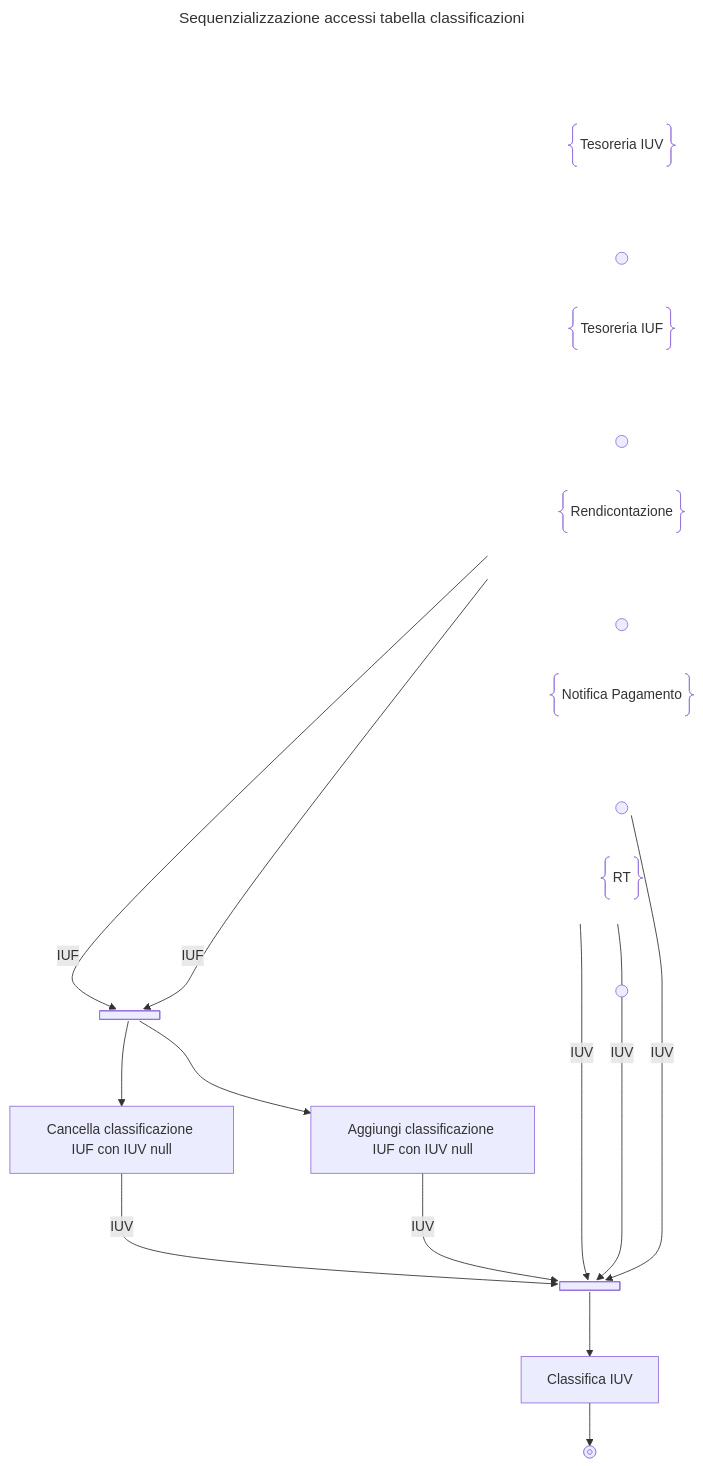
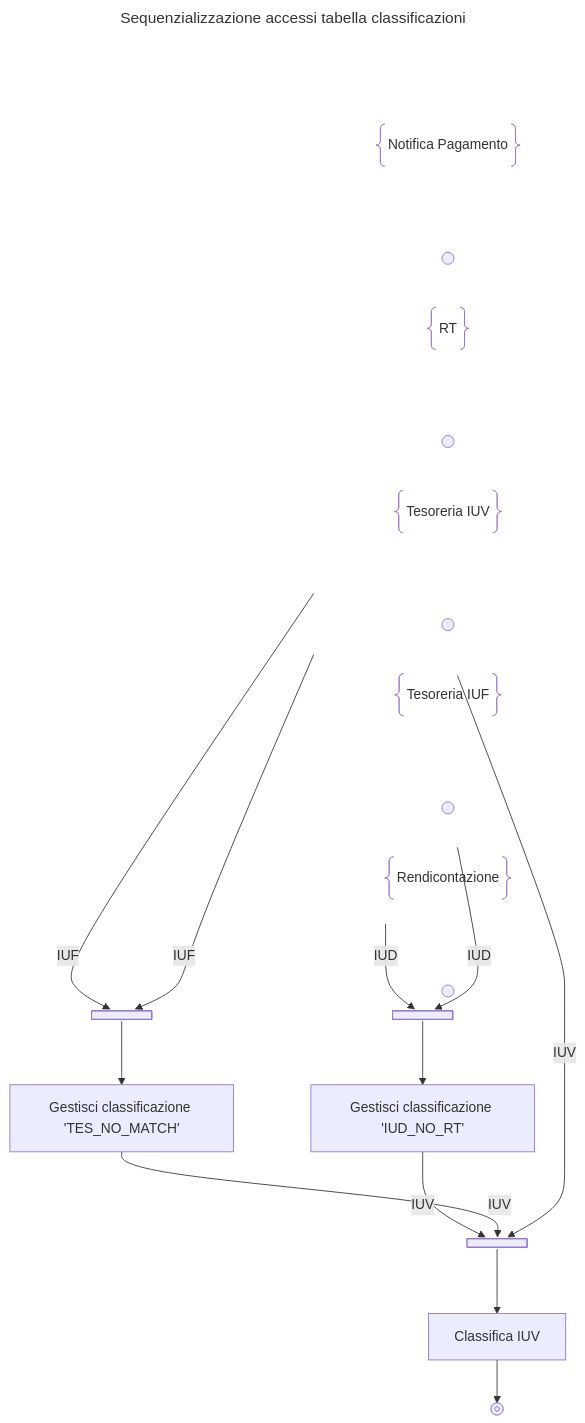
One commit to pagopa/p4pa-doc changed the diagram in design/workflow/classificazioneIncassi/05.graphSequencingOps.mmd. Above: the diagram before and after it, drawn with Mermaid. The commit also changed 14 other files, not shown here.

```diff
--- a/design/workflow/classificazioneIncassi/05.graphSequencingOps.mmd
+++ b/design/workflow/classificazioneIncassi/05.graphSequencingOps.mmd
@@ -1,79 +1,80 @@
 ---
 title: Sequenzializzazione accessi tabella classificazioni
 ---
 flowchart TD
     subgraph START
     direction LR
+
+        subgraph NOTE_REND_BLOCK
+        direction TB
+            NOTE_REND@{shape: braces, label: "Rendicontazione"} -->
+            START_REND
+            linkStyle 0 display:none;
+        end
+
+        subgraph NOTE_TES_IUF_BLOCK
+        direction TB
+            NOTE_TES_IUF@{shape: braces, label: "Tesoreria IUF"} -->
+            START_TES_IUF
+            linkStyle 1 display:none;
+        end
+
+        subgraph NOTE_TES_IUV_BLOCK
+        direction TB
+            NOTE_TES_IUV@{shape: braces, label: "Tesoreria IUV"} -->
+            START_TES_IUV
+            linkStyle 2 display:none;
+        end
+
         subgraph NOTE_RT_BLOCK
         direction TB
             NOTE_RT@{shape: braces, label: "RT"} -->
             START_RT
-            linkStyle 0 display:none;
+            linkStyle 3 display:none;
         end
 
         subgraph NOTE_RN_BLOCK
         direction TB
             NOTE_RN@{shape: braces, label: "Notifica Pagamento"} -->
             START_RN
-            linkStyle 1 display:none;
-        end
-
-        subgraph NOTE_REND_BLOCK
-        direction TB
-            NOTE_REND@{shape: braces, label: "Rendicontazione"} -->
-            START_REND
-            linkStyle 2 display:none;
-        end
-
-        subgraph NOTE_TES_IUF_BLOCK
-        direction TB
-            NOTE_TES_IUF@{shape: braces, label: "Tesoreria IUF"} -->
-            START_TES_IUF
-            linkStyle 3 display:none;
-        end
-
-        subgraph NOTE_TES_IUV_BLOCK
-        direction TB
-            NOTE_TES_IUV@{shape: braces, label: "Tesoreria IUV"} -->
-            START_TES_IUV
             linkStyle 4 display:none;
         end
     end
 
     subgraph RT
         START_RT@{shape: start} -->
+        |IUD|JOIN_IUD@{shape: join} -->
+        IUD_NO_RT["Gestisci classificazione 'IUD_NO_RT'"] -->
         |IUV|JOIN_IUV@{shape: join}
     end
 
     subgraph RN
         START_RN@{shape: start} -->
-        |IUV|JOIN_IUV@{shape: join}
+        |IUD|JOIN_IUD@{shape: join}
     end
 
     subgraph REND
         START_REND@{shape: start} -->
         |IUF|JOIN_IUF@{shape: join} -->
-        DELETE_IUF_IUV_NULL["Cancella classificazione IUF con IUV null"] -->
+        TES_NO_MATCH["Gestisci classificazione 'TES_NO_MATCH'"] -->
         |IUV|JOIN_IUV@{shape: join}
     end
 
     subgraph TES_IUF
         START_TES_IUF@{shape: start} -->
-        |IUF|JOIN_IUF@{shape: join} -->
-        INSERT_IUF_IUV_NULL["Aggiungi classificazione IUF con IUV null"] -->
-        |IUV|JOIN_IUV@{shape: join}
+        |IUF|JOIN_IUF@{shape: join}
     end
 
     subgraph TES_IUV
         START_TES_IUV@{shape: start} -->
         |IUV|JOIN_IUV@{shape: join}
     end
 
     JOIN_IUV -->
     CLASSIFY_IUV["Classifica IUV"] -->
     END@{shape: stop}
 
     class NOTE_RT_BLOCK,NOTE_RN_BLOCK,NOTE_REND_BLOCK,NOTE_TES_IUF_BLOCK,NOTE_TES_IUV_BLOCK hidden
     class START,RT,RN,REND,TES_IUF,TES_IUV hidden
 
     classDef hidden display:none;
```
